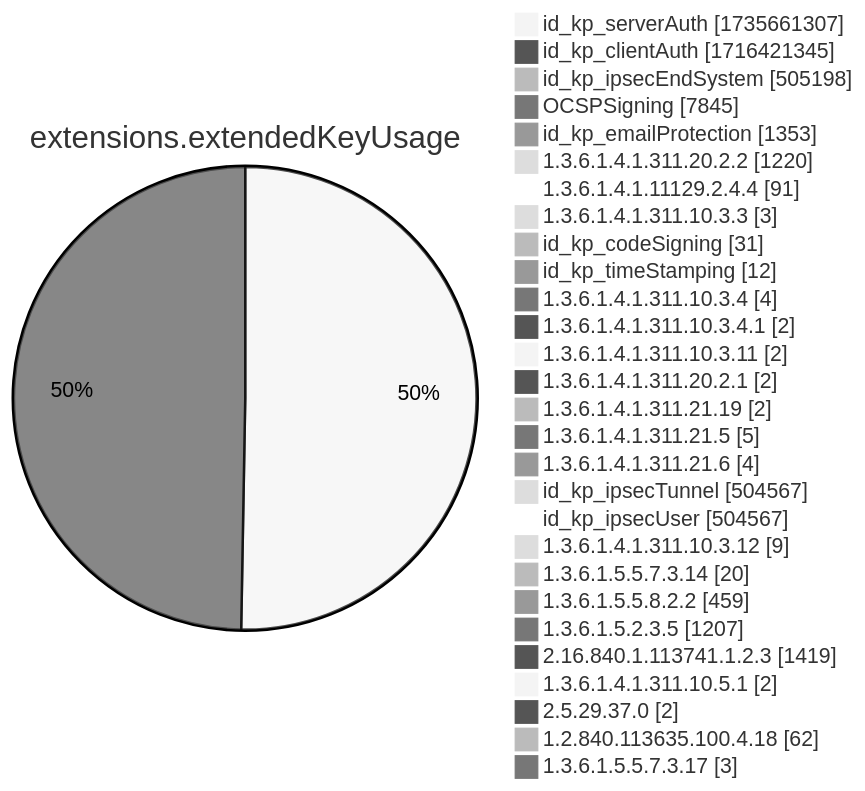
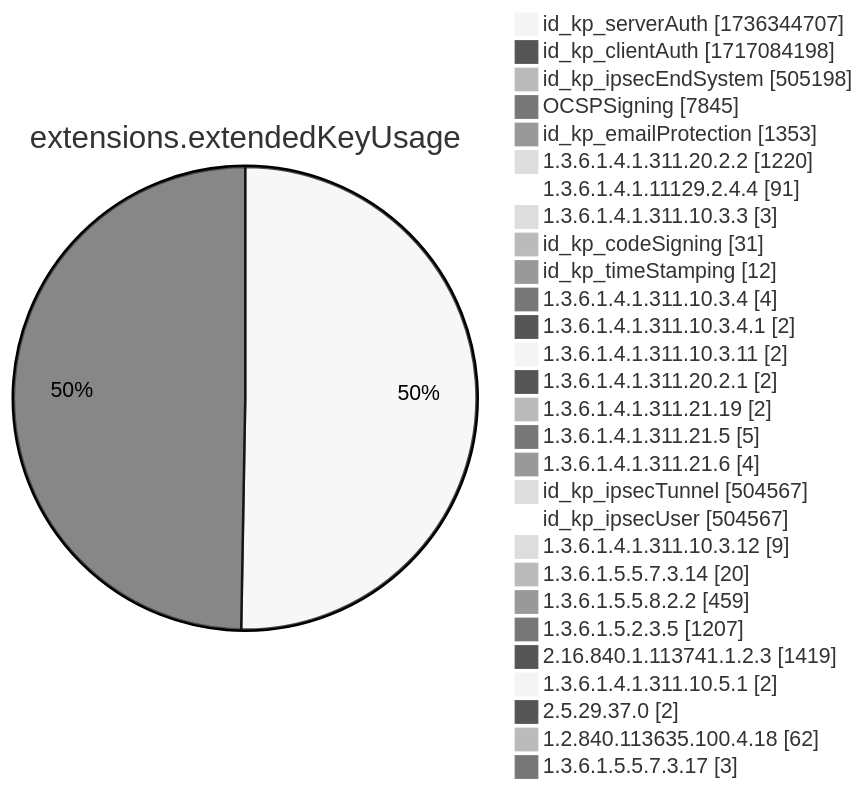
Before and after one commit to christiankrug/ctmonitor_visualization: diagram 12 of 15 in xenon2022/README.md, drawn with Mermaid (neutral theme). The commit also changed other lines of this file, not shown here.

````diff
--- a/xenon2022/README.md
+++ b/xenon2022/README.md
@@ -3892,32 +3892,32 @@
 ```mermaid
 pie showData
 title extensions.extendedKeyUsage
-"id_kp_serverAuth" :1735661307
-"id_kp_clientAuth" :1716421345
+"id_kp_serverAuth" :1736344707
+"id_kp_clientAuth" :1717084198
 "id_kp_ipsecEndSystem" :505198
 "OCSPSigning" :7845
 "id_kp_emailProtection" :1353
 "1.3.6.1.4.1.311.20.2.2" :1220
 "1.3.6.1.4.1.11129.2.4.4" :91
 "1.3.6.1.4.1.311.10.3.3" :3
 "id_kp_codeSigning" :31
 "id_kp_timeStamping" :12
 "1.3.6.1.4.1.311.10.3.4" :4
 "1.3.6.1.4.1.311.10.3.4.1" :2
 "1.3.6.1.4.1.311.10.3.11" :2
 "1.3.6.1.4.1.311.20.2.1" :2
 "1.3.6.1.4.1.311.21.19" :2
 "1.3.6.1.4.1.311.21.5" :5
 "1.3.6.1.4.1.311.21.6" :4
 "id_kp_ipsecTunnel" :504567
 "id_kp_ipsecUser" :504567
 "1.3.6.1.4.1.311.10.3.12" :9
 "1.3.6.1.5.5.7.3.14" :20
 "1.3.6.1.5.5.8.2.2" :459
 "1.3.6.1.5.2.3.5" :1207
 "2.16.840.1.113741.1.2.3" :1419
 "1.3.6.1.4.1.311.10.5.1" :2
 "2.5.29.37.0" :2
 "1.2.840.113635.100.4.18" :62
 "1.3.6.1.5.5.7.3.17" :3
 ```
````
